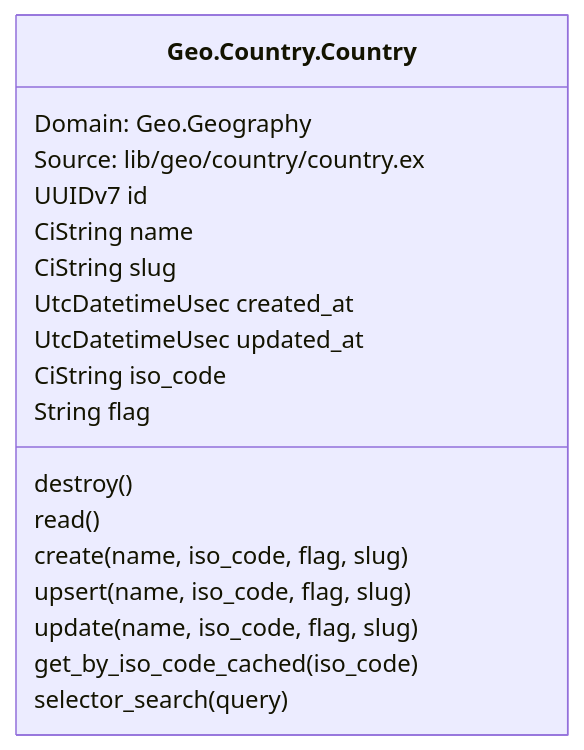
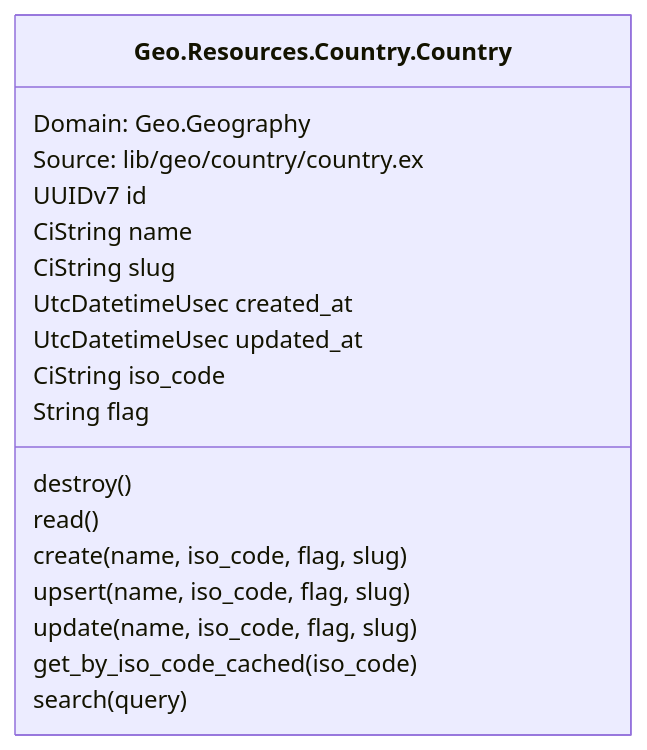
Before and after one commit to dev-guy/geo: the first of 6 diagrams in README.md, drawn with Mermaid. The commit also changed other lines of this file and 28 other files, not shown here.

````diff
--- a/README.md
+++ b/README.md
@@ -62,23 +78,23 @@
 ```mermaid
 classDiagram
     Geo.Geography
-    class Geo.Country.Country {
+    class Geo.Resources.Country.Country {
         Domain: Geo.Geography
         Source: lib/geo/country/country.ex
 
         UUIDv7 id
         CiString name
         CiString slug
         UtcDatetimeUsec created_at
         UtcDatetimeUsec updated_at
         CiString iso_code
         String flag
         destroy()
         read()
         create(name, iso_code, flag, slug)
         upsert(name, iso_code, flag, slug)
         update(name, iso_code, flag, slug)
         get_by_iso_code_cached(iso_code)
-        selector_search(query)
+        search(query)
     }
 ```
````
